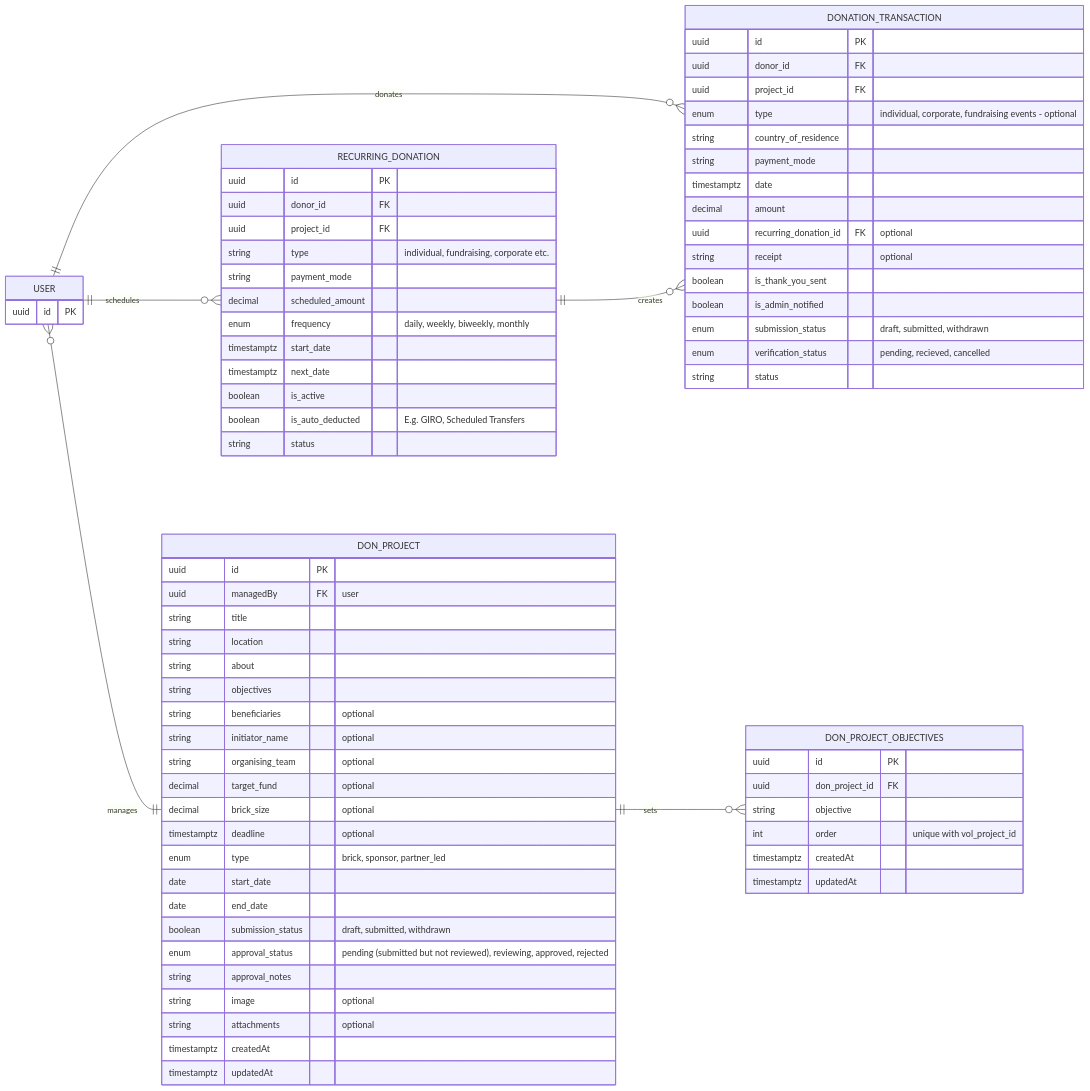
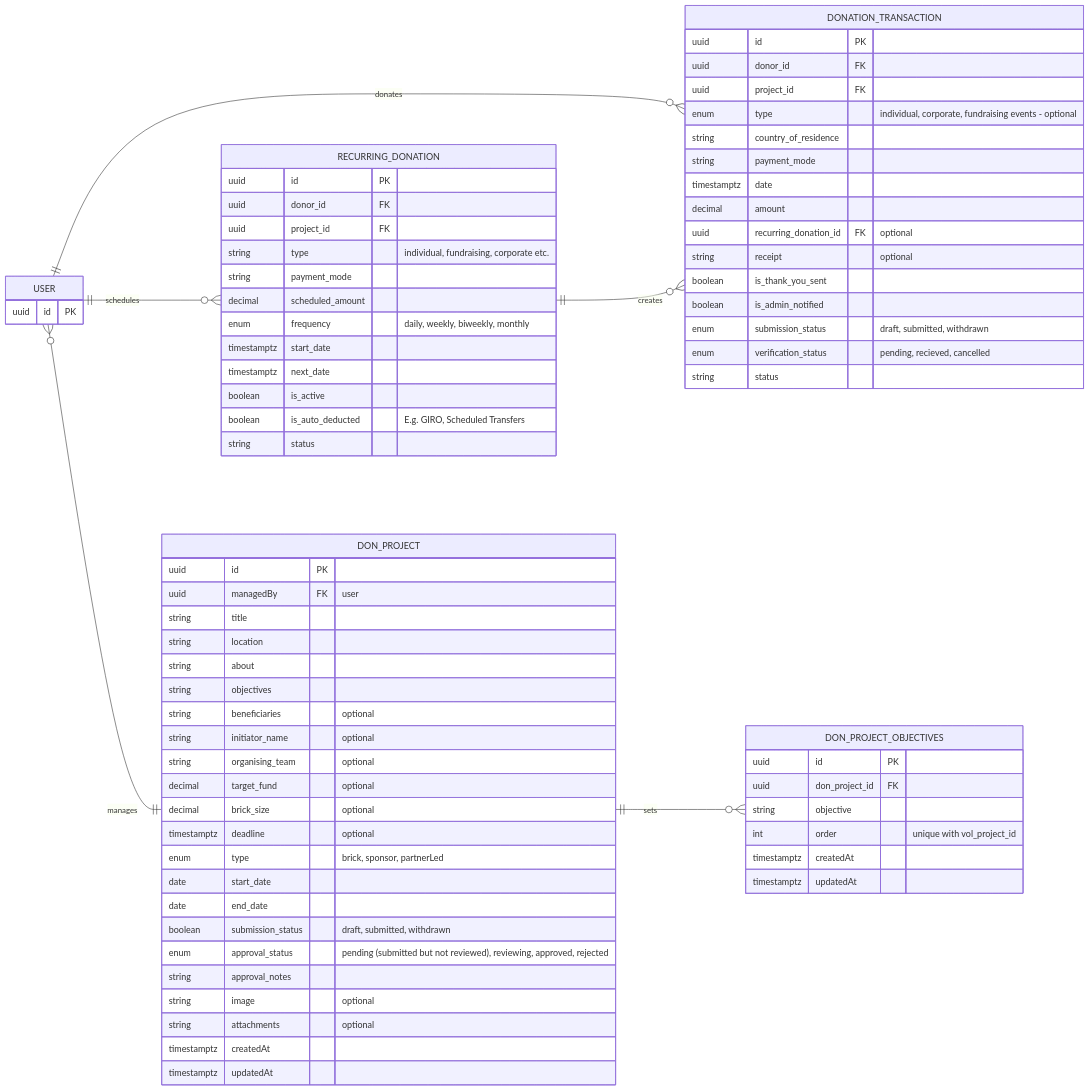
Before and after one commit to SiloamXperience-DG-AY2526/backend: the diagram in docs/db-schema/donor-ms-schema.md, drawn with Mermaid. The commit also changed 1 other file, not shown here.

Commit message:
fix enum type name

````diff
--- a/docs/db-schema/donor-ms-schema.md
+++ b/docs/db-schema/donor-ms-schema.md
@@ -13,81 +13,81 @@
 ```mermaid
 erDiagram
     direction LR
     USER ||--o{ DONATION_TRANSACTION : donates
     USER ||--o{ RECURRING_DONATION : schedules
     RECURRING_DONATION ||--o{ DONATION_TRANSACTION : creates
     USER }o--|| DON_PROJECT: manages
     DON_PROJECT ||--o{ DON_PROJECT_OBJECTIVES: sets
     USER {
         uuid id PK
     }
     RECURRING_DONATION {
         uuid id PK
         uuid donor_id FK
         uuid project_id FK
         string type "individual, fundraising, corporate etc."
         string payment_mode
         decimal scheduled_amount
         enum frequency "daily, weekly, biweekly, monthly"
         timestamptz start_date
         timestamptz next_date
         boolean is_active
         boolean is_auto_deducted "E.g. GIRO, Scheduled Transfers"
         string status
     }
     DONATION_TRANSACTION {
         uuid id PK
         uuid donor_id FK
         uuid project_id FK
         enum type "individual, corporate, fundraising events - optional"
 
         string country_of_residence
         string payment_mode
         timestamptz date
         decimal amount
         uuid recurring_donation_id FK "optional"
         string receipt "optional"
         boolean is_thank_you_sent
         boolean is_admin_notified
         enum submission_status "draft, submitted, withdrawn"
         enum verification_status "pending, recieved, cancelled"
         string status
     }
     DON_PROJECT {
         uuid id PK
         uuid managedBy FK "user"
         string title
         string location
         string about
         string objectives
         string beneficiaries "optional"
         string initiator_name "optional"
         string organising_team "optional"
 
         decimal target_fund "optional"
         decimal brick_size "optional"
         timestamptz deadline "optional"
-        enum type "brick, sponsor, partner_led"
+        enum type "brick, sponsor, partnerLed"
 
         date start_date
         date end_date
 
         boolean submission_status "draft, submitted, withdrawn"
         enum approval_status "pending (submitted but not reviewed), reviewing, approved, rejected"
         string approval_notes
         string image "optional"
         string attachments "optional"
         timestamptz createdAt
         timestamptz updatedAt
     }
     DON_PROJECT_OBJECTIVES {
         uuid id PK
         uuid don_project_id FK
         string objective
         int order "unique with vol_project_id"
         timestamptz createdAt
         timestamptz updatedAt
     }
 
 
 ```
````
